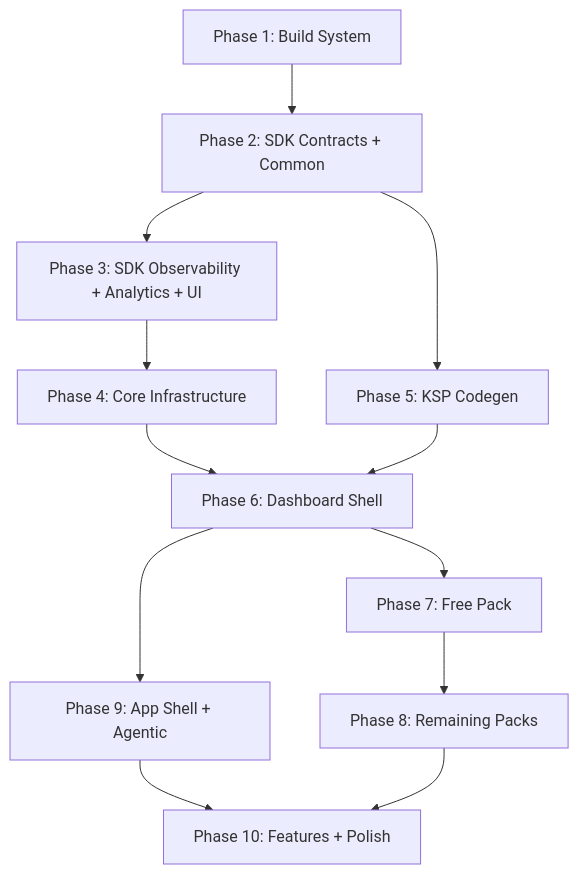
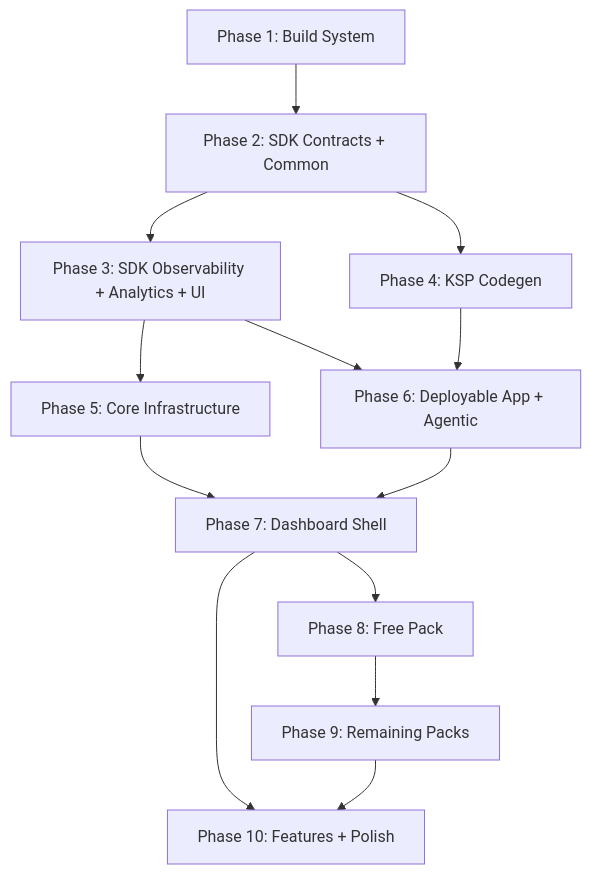
One commit to ohmgh/dqxn changed the diagram in docs/MIGRATION.md. Above: the diagram before and after it, drawn with Mermaid. The commit also changed other lines of this file, not shown here.

First line of the commit message:
Restructure migration: agentic debug infra before debuggable code

````diff
--- a/docs/MIGRATION.md
+++ b/docs/MIGRATION.md
@@ -39,14 +40,15 @@
 ```mermaid
 graph TD
     P1[Phase 1: Build System] --> P2[Phase 2: SDK Contracts + Common]
     P2 --> P3[Phase 3: SDK Observability + Analytics + UI]
-    P2 --> P5[Phase 5: KSP Codegen]
-    P3 --> P4[Phase 4: Core Infrastructure]
-    P4 --> P6[Phase 6: Dashboard Shell]
-    P5 --> P6
-    P6 --> P7[Phase 7: Free Pack]
-    P7 --> P8[Phase 8: Remaining Packs]
-    P6 --> P9[Phase 9: App Shell + Agentic]
-    P9 --> P10[Phase 10: Features + Polish]
-    P8 --> P10
+    P2 --> P4[Phase 4: KSP Codegen]
+    P3 --> P5[Phase 5: Core Infrastructure]
+    P3 --> P6[Phase 6: Deployable App + Agentic]
+    P4 --> P6
+    P5 --> P7[Phase 7: Dashboard Shell]
+    P6 --> P7
+    P7 --> P8[Phase 8: Free Pack]
+    P8 --> P9[Phase 9: Remaining Packs]
+    P7 --> P10[Phase 10: Features + Polish]
+    P9 --> P10
 ```
````
